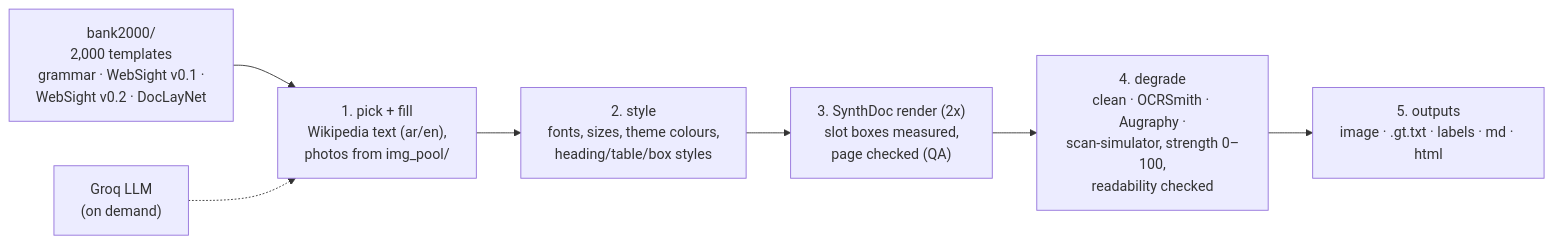
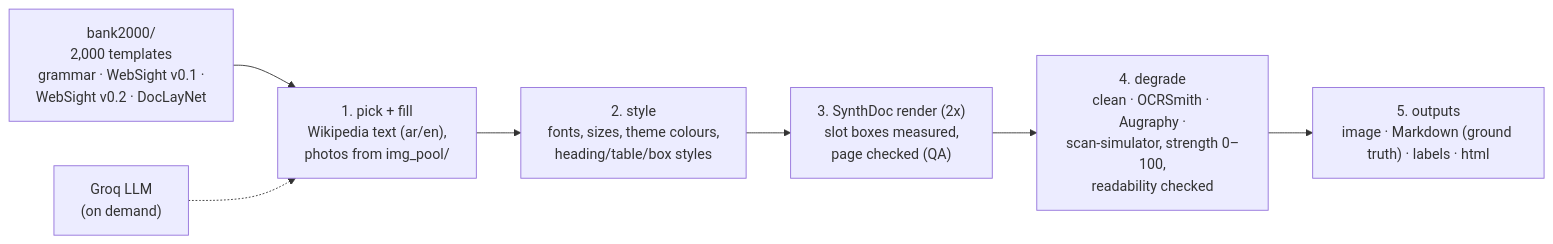
The first of 13 diagrams in README.md (Yousef10p/OCRSynthGen), drawn with Mermaid before and after one commit. The commit also changed other lines of this file and 6 other files, not shown here.

First line of the commit message:
Markdown is the ground truth only; image and Markdown side by side

````diff
--- a/README.md
+++ b/README.md
@@ -22,10 +22,10 @@
 ```mermaid
 flowchart LR
     B["bank2000/<br/>2,000 templates<br/>grammar · WebSight v0.1 ·<br/>WebSight v0.2 · DocLayNet"] --> F
     L["Groq LLM<br/>(on demand)"] -.-> F
     F["1. pick + fill<br/>Wikipedia text (ar/en),<br/>photos from img_pool/"] --> S
     S["2. style<br/>fonts, sizes, theme colours,<br/>heading/table/box styles"] --> R
     R["3. SynthDoc render (2x)<br/>slot boxes measured,<br/>page checked (QA)"] --> D
     D["4. degrade<br/>clean · OCRSmith · Augraphy ·<br/>scan-simulator, strength 0–100,<br/>readability checked"] --> G
-    G["5. outputs<br/>image · .gt.txt · labels · md · html"]
+    G["5. outputs<br/>image · Markdown (ground truth) · labels · html"]
 ```
````
